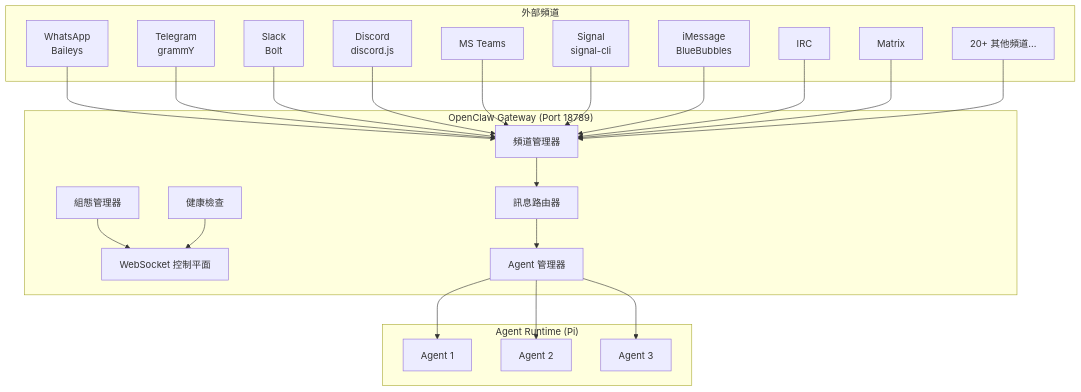
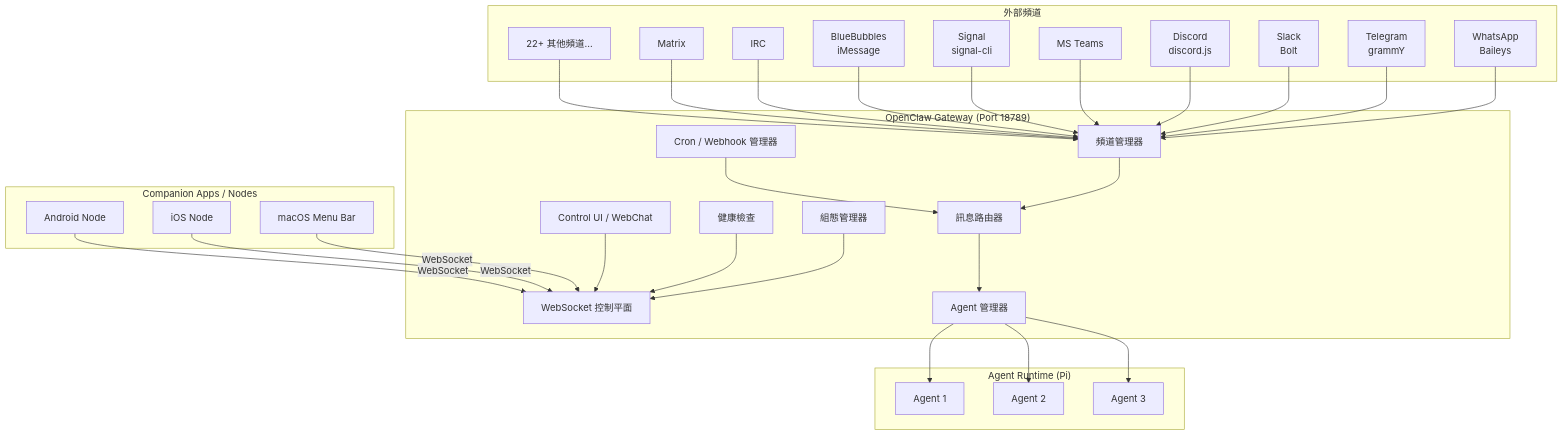
Before and after one commit to chihhung/Blog: the second of 51 diagrams in content/posts/教學/AI開發/OpenClaw生態系教學手冊.md, drawn with Mermaid. The commit also changed other lines of this file, not shown here.

````diff
--- a/content/posts/教學/AI開發/OpenClaw生態系教學手冊.md
+++ b/content/posts/教學/AI開發/OpenClaw生態系教學手冊.md
@@ -243,37 +253,48 @@
 ```mermaid
 graph TB
     subgraph "OpenClaw Gateway (Port 18789)"
         WS[WebSocket 控制平面]
         Router[訊息路由器]
         ChannelMgr[頻道管理器]
         AgentMgr[Agent 管理器]
         ConfigMgr[組態管理器]
         HealthCheck[健康檢查]
+        ControlUI[Control UI / WebChat]
+        CronMgr[Cron / Webhook 管理器]
     end
     
     subgraph "外部頻道"
         WA[WhatsApp<br>Baileys]
         TG[Telegram<br>grammY]
         SL[Slack<br>Bolt]
         DC[Discord<br>discord.js]
         MS[MS Teams]
         SG[Signal<br>signal-cli]
-        IM[iMessage<br>BlueBubbles]
+        BB[BlueBubbles<br>iMessage]
         IRC[IRC]
         MTX[Matrix]
-        MORE[20+ 其他頻道...]
+        MORE[22+ 其他頻道...]
     end
     
     subgraph "Agent Runtime (Pi)"
         Agent1[Agent 1]
         Agent2[Agent 2]
         Agent3[Agent 3]
     end
     
-    WA & TG & SL & DC & MS & SG & IM & IRC & MTX & MORE --> ChannelMgr
+    subgraph "Companion Apps / Nodes"
+        MAC[macOS Menu Bar]
+        IOS[iOS Node]
+        AND[Android Node]
+    end
+    
+    WA & TG & SL & DC & MS & SG & BB & IRC & MTX & MORE --> ChannelMgr
     ChannelMgr --> Router
     Router --> AgentMgr
     AgentMgr --> Agent1 & Agent2 & Agent3
     ConfigMgr --> WS
     HealthCheck --> WS
+    ControlUI --> WS
+    CronMgr --> Router
+    MAC & IOS & AND -->|WebSocket| WS
 ```
````
